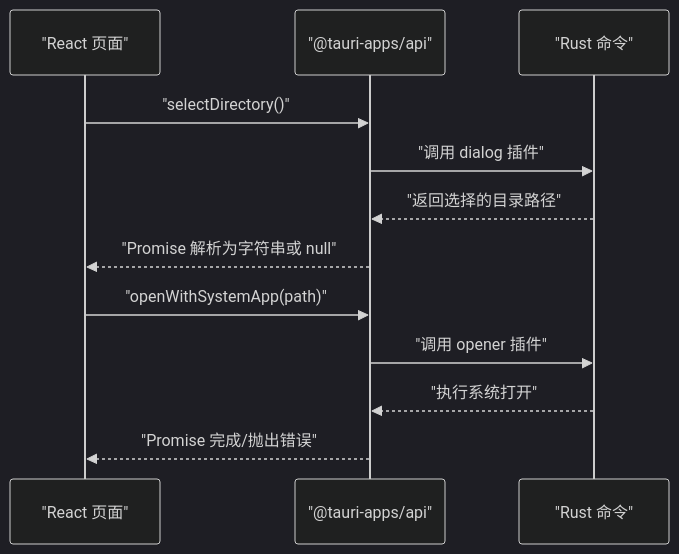
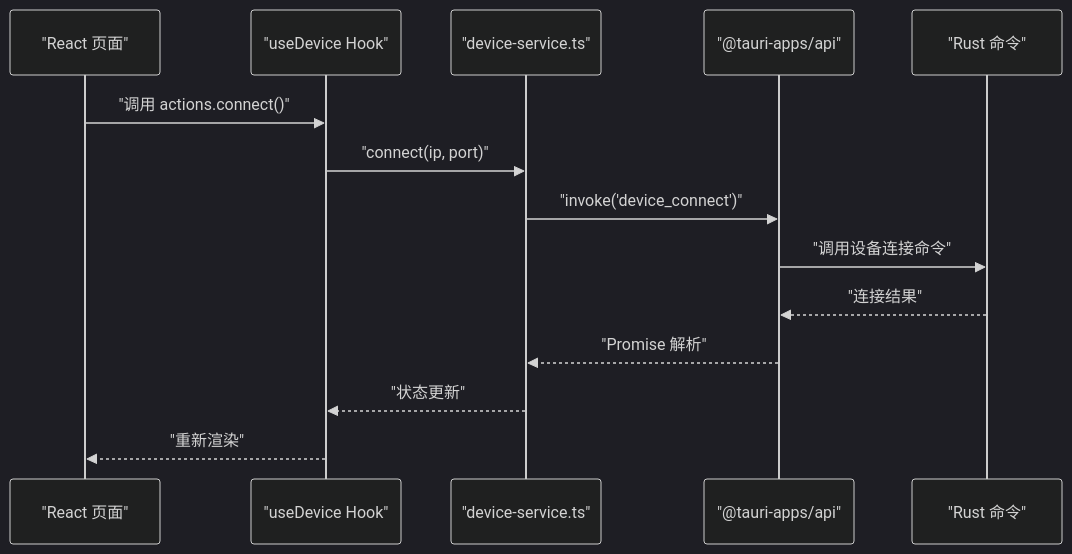
One commit to ggtiger/SSTS changed the fourth of 10 diagrams in .qoder/repowiki/zh/content/架构设计/架构设计.md. Above: the diagram before and after it, drawn with Mermaid (dark theme). The commit also changed other lines of this file and 12 other files, not shown here.

````diff
--- a/.qoder/repowiki/zh/content/架构设计/架构设计.md
+++ b/.qoder/repowiki/zh/content/架构设计/架构设计.md
@@ -232,14 +314,16 @@
 ```mermaid
 sequenceDiagram
 participant UI as "React 页面"
+participant DeviceHook as "useDevice Hook"
+participant DeviceService as "device-service.ts"
 participant API as "@tauri-apps/api"
 participant Rust as "Rust 命令"
-UI->>API : "selectDirectory()"
-API->>Rust : "调用 dialog 插件"
-Rust-->>API : "返回选择的目录路径"
-API-->>UI : "Promise 解析为字符串或 null"
-UI->>API : "openWithSystemApp(path)"
-API->>Rust : "调用 opener 插件"
-Rust-->>API : "执行系统打开"
-API-->>UI : "Promise 完成/抛出错误"
+UI->>DeviceHook : "调用 actions.connect()"
+DeviceHook->>DeviceService : "connect(ip, port)"
+DeviceService->>API : "invoke('device_connect')"
+API->>Rust : "调用设备连接命令"
+Rust-->>API : "连接结果"
+API-->>DeviceService : "Promise 解析"
+DeviceService-->>DeviceHook : "状态更新"
+DeviceHook-->>UI : "重新渲染"
 ```
````
